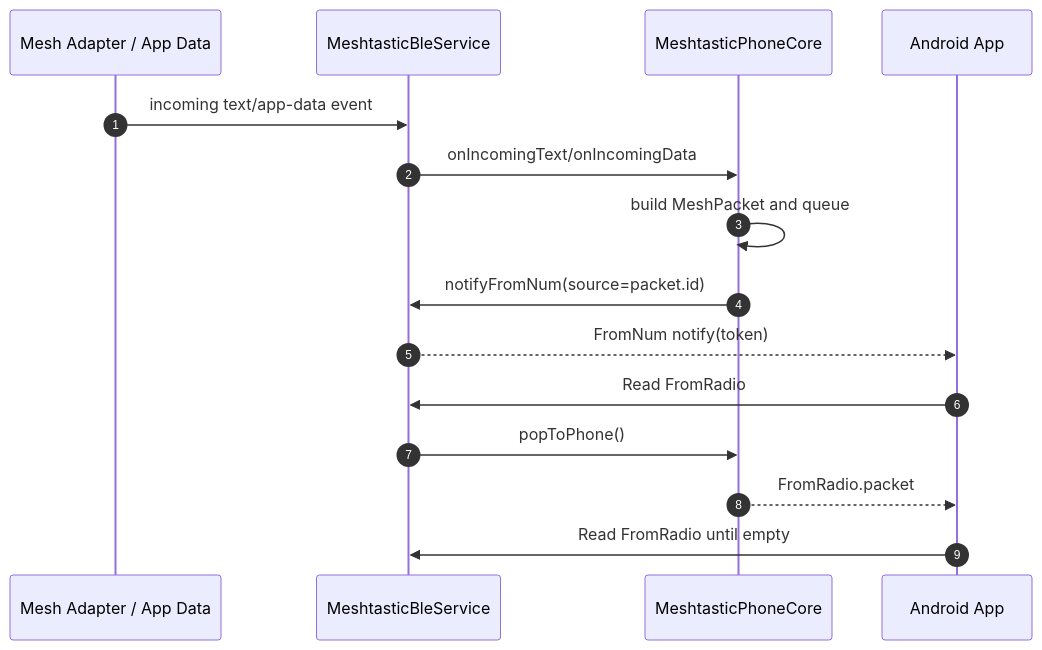
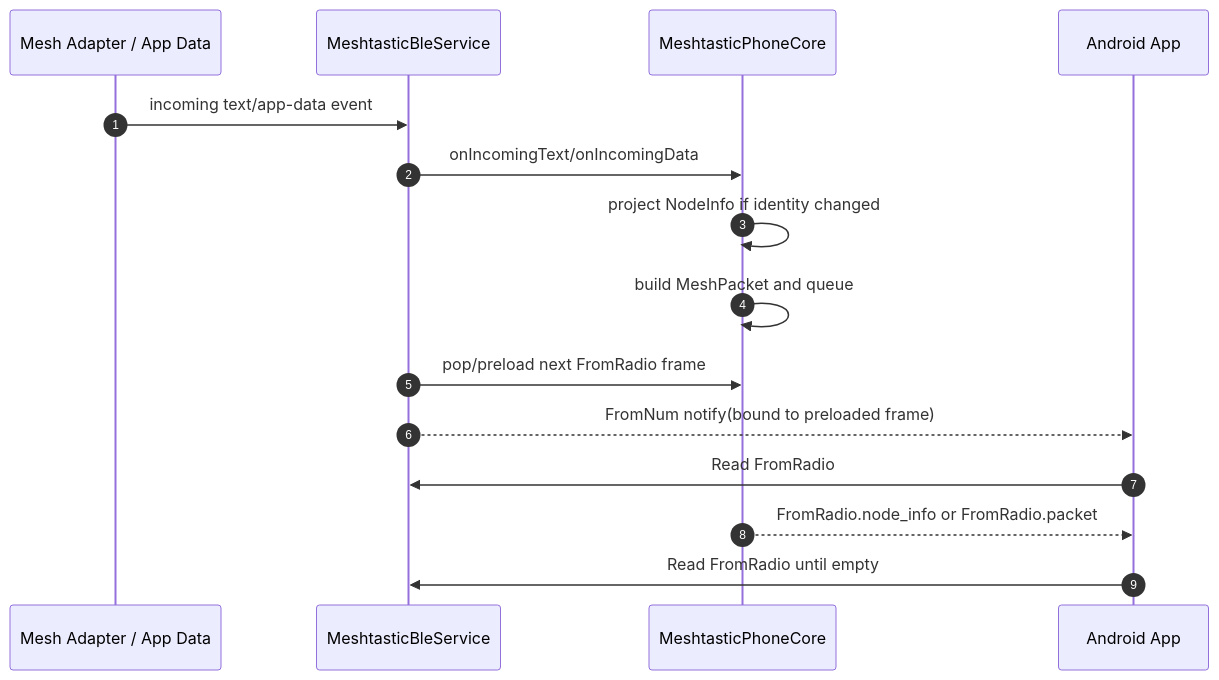
One commit to manmuqingshan/trail-mate changed diagram 15 of 17 in docs/specification/MESHTASTIC_ANDROID_BLE_CONNECTION_SPEC.md. Above: the diagram before and after it, drawn with Mermaid. The commit also changed other lines of this file and 5 other files, not shown here.

Commit message:
Fix nRF BLE phone connection flow

````diff
--- a/docs/specification/MESHTASTIC_ANDROID_BLE_CONNECTION_SPEC.md
+++ b/docs/specification/MESHTASTIC_ANDROID_BLE_CONNECTION_SPEC.md
@@ -776,18 +785,18 @@
 ```mermaid
 sequenceDiagram
     autonumber
     participant Radio as Mesh Adapter / App Data
     participant Svc as MeshtasticBleService
     participant Core as MeshtasticPhoneCore
     participant Phone as Android App
 
     Radio->>Svc: incoming text/app-data event
     Svc->>Core: onIncomingText/onIncomingData
+    Core->>Core: project NodeInfo if identity changed
     Core->>Core: build MeshPacket and queue
-    Core->>Svc: notifyFromNum(source=packet.id)
-    Svc-->>Phone: FromNum notify(token)
+    Svc->>Core: pop/preload next FromRadio frame
+    Svc-->>Phone: FromNum notify(bound to preloaded frame)
     Phone->>Svc: Read FromRadio
-    Svc->>Core: popToPhone()
-    Core-->>Phone: FromRadio.packet
+    Core-->>Phone: FromRadio.node_info or FromRadio.packet
     Phone->>Svc: Read FromRadio until empty
 ```
````
